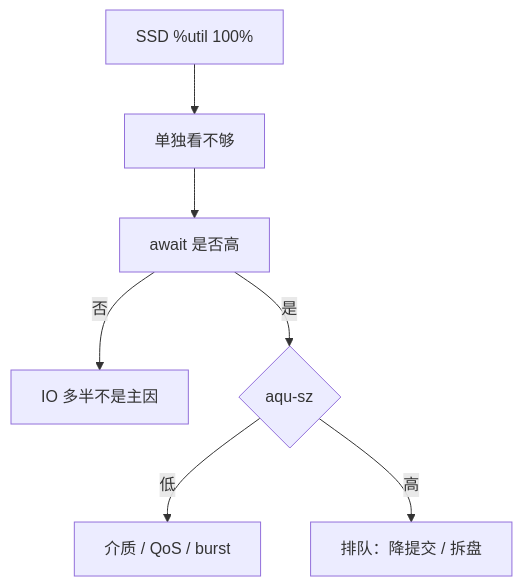
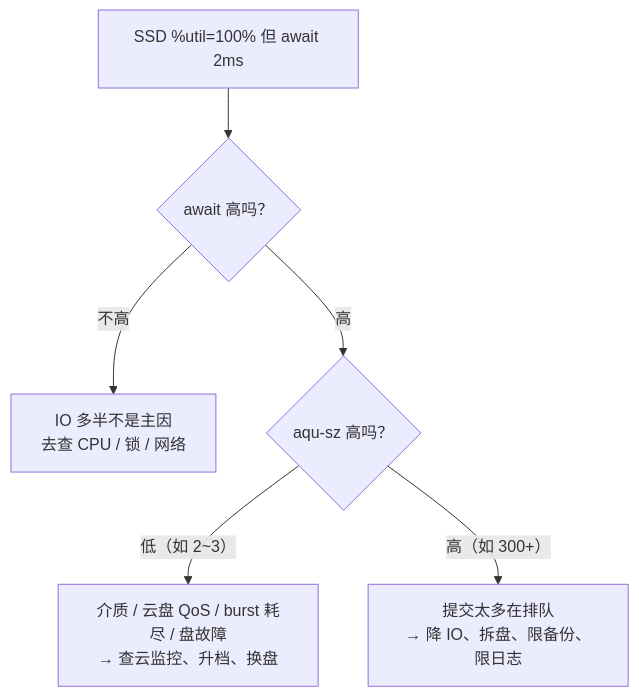
Before and after one commit to ml-cuizijun/LearnToLilith: the fifth of 9 diagrams in 01-基础底座/08-磁盘与IO/知识点.md, drawn with Mermaid. The commit also changed other lines of this file and 470 other files, not shown here.

````diff
--- a/01-基础底座/08-磁盘与IO/知识点.md
+++ b/01-基础底座/08-磁盘与IO/知识点.md
@@ -520,9 +265,8 @@
 ```mermaid
 flowchart TB
-    A[await 是否高] -->|否| OK[IO 多半不是主因]
-    A -->|是| B{aqu-sz}
-    B -->|低| C[介质 / QoS / burst]
-    B -->|高| D[排队：降提交 / 拆盘]
-    E[SSD %util 100%] --> F[单独看不够]
-    F --> A
+    A{"await 高吗？"} -->|不高| OK["IO 多半不是主因<br/>去查 CPU / 锁 / 网络"]
+    A -->|高| B{"aqu-sz 高吗？"}
+    B -->|"低（如 2~3）"| C["介质 / 云盘 QoS / burst 耗尽 / 盘故障<br/>→ 查云监控、升档、换盘"]
+    B -->|"高（如 300+）"| D["提交太多在排队<br/>→ 降 IO、拆盘、限备份、限日志"]
+    E["SSD %util=100% 但 await 2ms"] --> A
 ```
````
